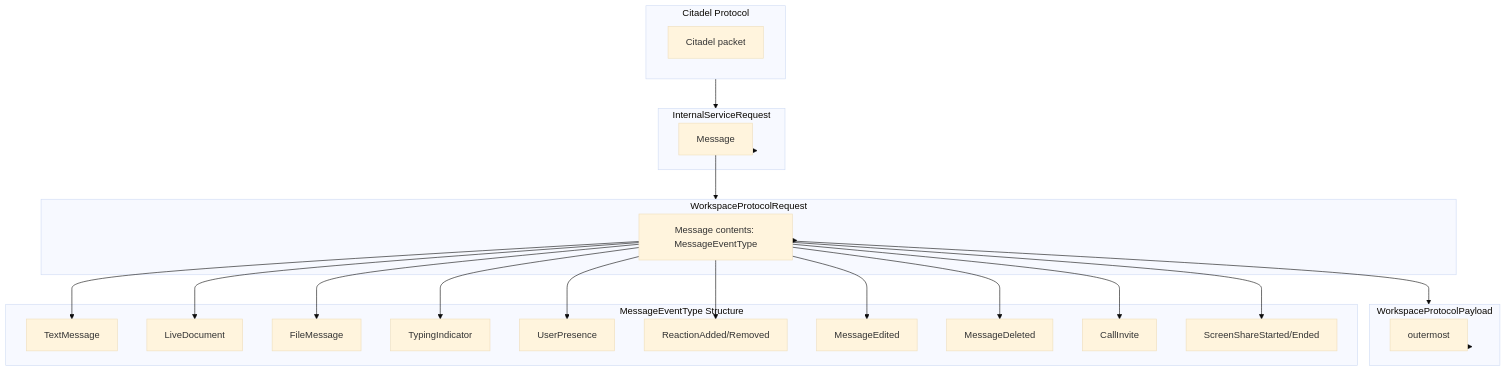
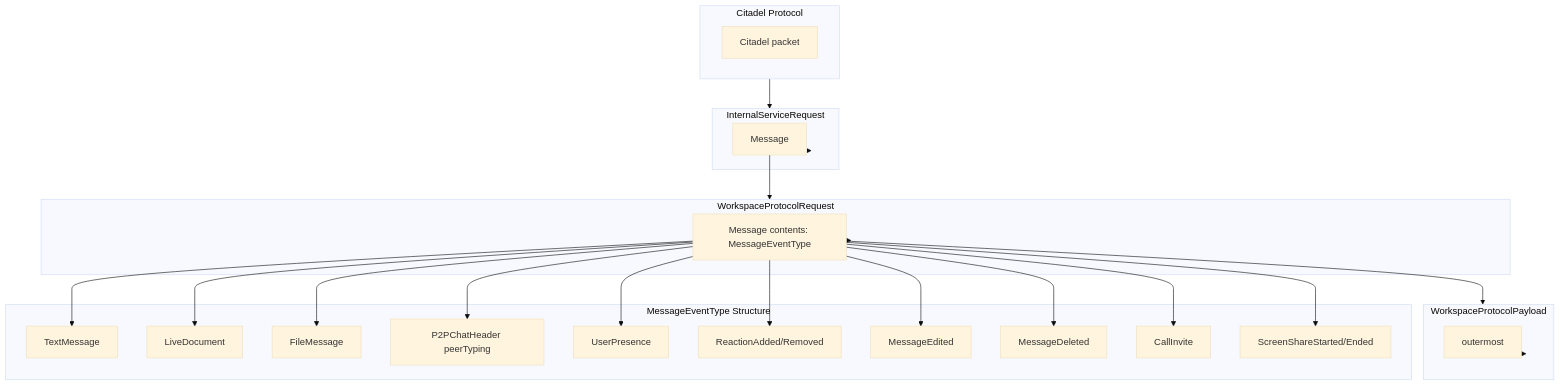
One commit to Avarok-Cybersecurity/citadel-workspace changed the third of 3 diagrams in docs/STACK_OVERVIEW.md. Above: the diagram before and after it, drawn with Mermaid (base theme). The commit also changed other lines of this file and 1 other file, not shown here.

Commit message:
docs: repoint the codemap at code that exists
Three entries named components deleted in the dead-code sweep, so the map sent
readers to files that are not there. Rather than dropping the rows, each now
names what actually provides the capability — the capabilities did not go away,
only the unused components did:

  Connection preferences  PreferencesDialog      -> Settings > Connections
  Retryable send          RetryableMessageSender -> useP2PMessages.handleRetryMessage
  Typing indicator        TypingIndicator        -> P2PChatHeader (peerTyping)

STACK_OVERVIEW's component list and diagram had the same TypingIndicator entry.

ARCHITECTURE.md's `P2PCommandType.TypingIndicator` is deliberately untouched:
that is the wire protocol variant, which still exists. Same name, different
thing — worth checking before assuming a match.

````diff
--- a/docs/STACK_OVERVIEW.md
+++ b/docs/STACK_OVERVIEW.md
@@ -169,47 +169,47 @@
 ```mermaid
 flowchart TD
     subgraph CP[Citadel Protocol]
         CPkt[Citadel packet]
     end
     subgraph ISR[InternalServiceRequest]
         ISRMsg[Message]
     end
     subgraph WPR[WorkspaceProtocolRequest]
         WPRMsg[Message contents: MessageEventType]
     end
     subgraph WP[WorkspaceProtocolPayload]
         WPOuter[outermost]
     end
 
     CP --> ISR
     ISR --> ISRMsg
     ISRMsg --> WPR
     WPR --> WPRMsg
     WPRMsg --> WP
     WP --> WPOuter
 
     %% MessageEventType Structure
     subgraph MessageEventType[MessageEventType Structure]
         TextMsg[TextMessage]
         LiveDoc[LiveDocument]
         FileMsg[FileMessage]
-        Typing[TypingIndicator]
+        Typing[P2PChatHeader peerTyping]
         Presence[UserPresence]
         Reaction[ReactionAdded/Removed]
         Edit[MessageEdited]
         Delete[MessageDeleted]
         Call[CallInvite]
         Screen[ScreenShareStarted/Ended]
     end
 
     WPRMsg --> TextMsg
     WPRMsg --> LiveDoc
     WPRMsg --> FileMsg
     WPRMsg --> Typing
     WPRMsg --> Presence
     WPRMsg --> Reaction
     WPRMsg --> Edit
     WPRMsg --> Delete
     WPRMsg --> Call
     WPRMsg --> Screen
 ```
````
